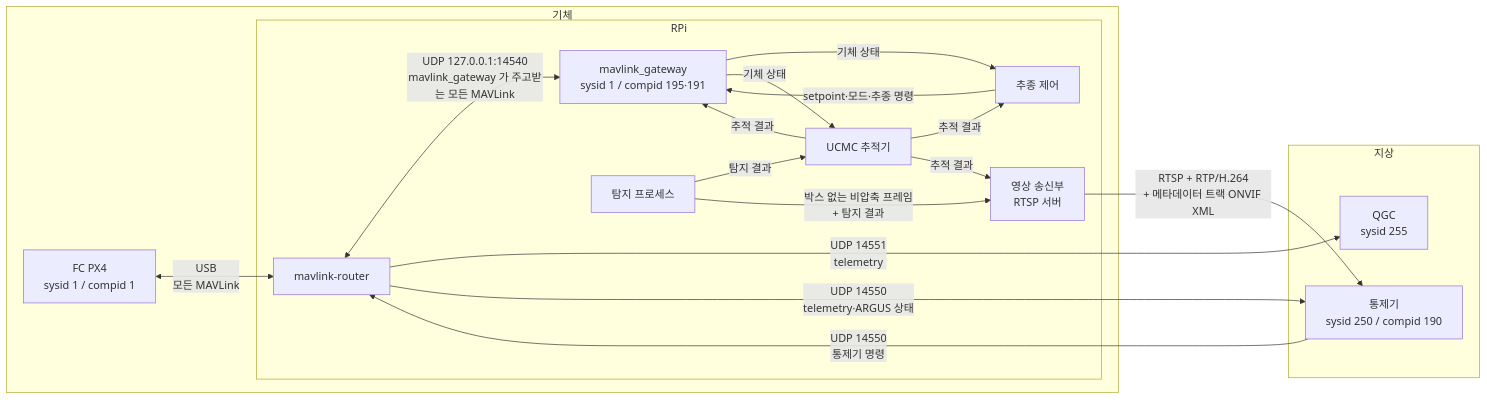
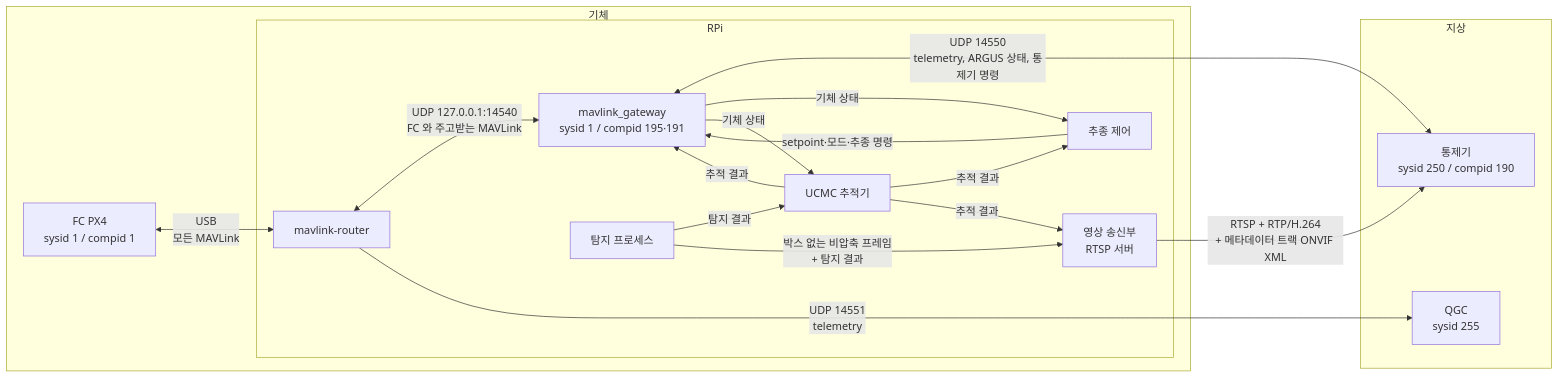
One commit to lig-argus/argus-edge-vision changed the first of 2 diagrams in docs/spec/icd.md. Above: the diagram before and after it, drawn with Mermaid. The commit also changed other lines of this file and 8 other files, not shown here.

First line of the commit message:
feat(common): 통제기 제어권 규칙을 ICD 와 argus dialect 에 반영 (#112)

````diff
--- a/docs/spec/icd.md
+++ b/docs/spec/icd.md
@@ -49,32 +49,31 @@
 ```mermaid
 flowchart LR
     subgraph vehicle [기체]
         FC[FC PX4<br/>sysid 1 / compid 1]
         subgraph rpi [RPi]
             router[mavlink-router]
             mavlink_gateway[mavlink_gateway<br/>sysid 1 / compid 195·191]
             follow[추종 제어]
             tracker[UCMC 추적기]
             vision[탐지 프로세스]
             rtsp[영상 송신부<br/>RTSP 서버]
         end
     end
     subgraph ground [지상]
         gcs[통제기<br/>sysid 250 / compid 190]
         qgc[QGC<br/>sysid 255]
     end
     FC <-->|USB<br/>모든 MAVLink| router
-    router <-->|UDP 127.0.0.1:14540<br/>mavlink_gateway 가 주고받는 모든 MAVLink| mavlink_gateway
+    router <-->|UDP 127.0.0.1:14540<br/>FC 와 주고받는 MAVLink| mavlink_gateway
     router -->|UDP 14551<br/>telemetry| qgc
-    router -->|UDP 14550<br/>telemetry·ARGUS 상태| gcs
-    gcs -->|UDP 14550<br/>통제기 명령| router
+    mavlink_gateway <-->|UDP 14550<br/>telemetry, ARGUS 상태, 통제기 명령| gcs
     mavlink_gateway -->|기체 상태| follow
     follow -->|setpoint·모드·추종 명령| mavlink_gateway
     mavlink_gateway -->|기체 상태| tracker
     tracker -->|추적 결과| mavlink_gateway
     vision -->|탐지 결과| tracker
     tracker -->|추적 결과| follow
     vision -->|박스 없는 비압축 프레임<br/>+ 탐지 결과| rtsp
     tracker -->|추적 결과| rtsp
     rtsp -->|RTSP + RTP/H.264<br/>+ 메타데이터 트랙 ONVIF XML| gcs
 ```
````
